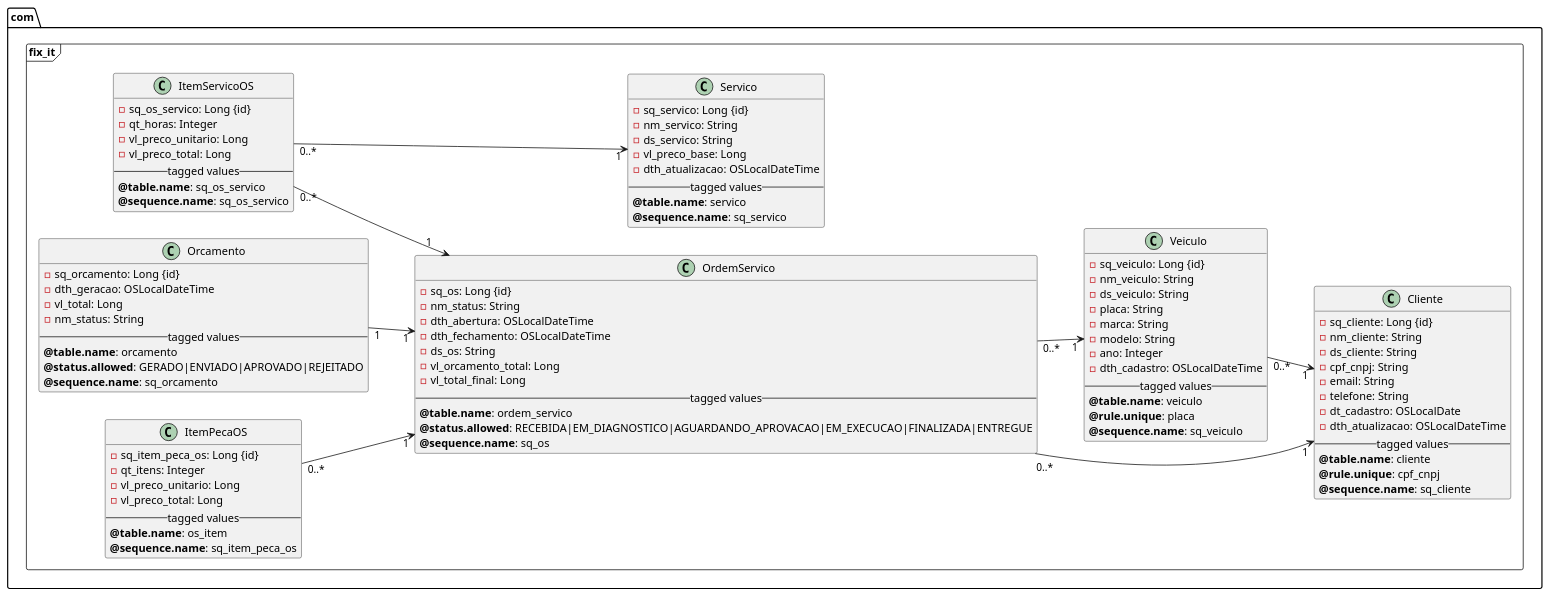
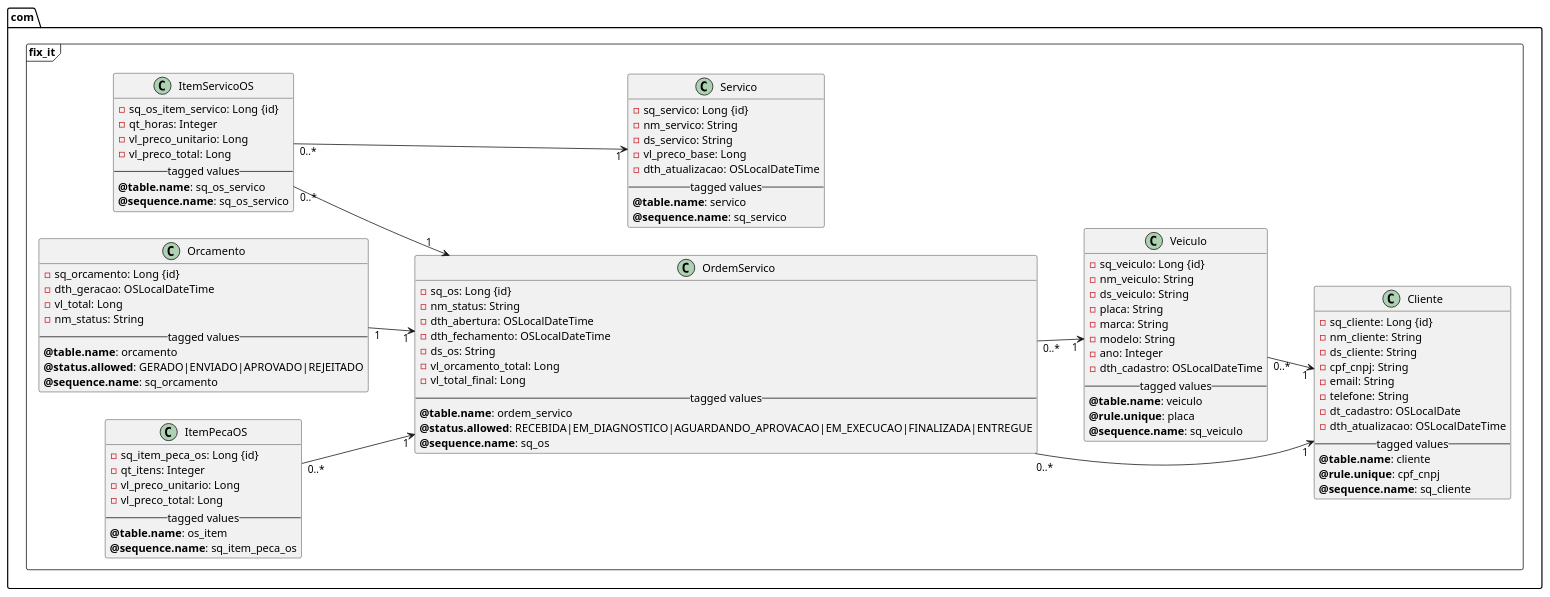
Before and after one commit to arch-software-fiap/fixit-backend: the diagram in docs/architecture/diagrams/plantuml/dominio-os.puml, drawn with PlantUML. The commit also changed 2 other files, not shown here.

Commit message:
refactor: renomear entidade `os_servico` para `os_item_servico` e ajustes correlatos

```diff
--- a/docs/architecture/diagrams/plantuml/dominio-os.puml
+++ b/docs/architecture/diagrams/plantuml/dominio-os.puml
@@ -1,104 +1,104 @@
 @startuml diagram
 page 4x4
 skinparam defaultFontName Trebuchet MS
 left to right direction
 
 package "com.fix_it" <<Frame>> {
 
     class Cliente {
         - sq_cliente: Long {id}
         - nm_cliente: String
         - ds_cliente: String
         - cpf_cnpj: String
         - email: String
         - telefone: String
         - dt_cadastro: OSLocalDate
         - dth_atualizacao: OSLocalDateTime
         -- tagged values --
         <b>@table.name</b>: cliente
         <b>@rule.unique</b>: cpf_cnpj
         <b>@sequence.name</b>: sq_cliente
     }
 
     class Veiculo {
         - sq_veiculo: Long {id}
         - nm_veiculo: String
         - ds_veiculo: String
         - placa: String
         - marca: String
         - modelo: String
         - ano: Integer
         - dth_cadastro: OSLocalDateTime
         -- tagged values --
         <b>@table.name</b>: veiculo
         <b>@rule.unique</b>: placa
         <b>@sequence.name</b>: sq_veiculo
     }
 
     class OrdemServico {
         - sq_os: Long {id}
         - nm_status: String
         - dth_abertura: OSLocalDateTime
         - dth_fechamento: OSLocalDateTime
         - ds_os: String
         - vl_orcamento_total: Long
         - vl_total_final: Long
         -- tagged values --
         <b>@table.name</b>: ordem_servico
         <b>@status.allowed</b>: RECEBIDA|EM_DIAGNOSTICO|AGUARDANDO_APROVACAO|EM_EXECUCAO|FINALIZADA|ENTREGUE
         <b>@sequence.name</b>: sq_os
     }
 
     class Orcamento {
         - sq_orcamento: Long {id}
         - dth_geracao: OSLocalDateTime
         - vl_total: Long
         - nm_status: String
         -- tagged values --
         <b>@table.name</b>: orcamento
         <b>@status.allowed</b>: GERADO|ENVIADO|APROVADO|REJEITADO
         <b>@sequence.name</b>: sq_orcamento
     }
 
     class Servico {
         - sq_servico: Long {id}
         - nm_servico: String
         - ds_servico: String
         - vl_preco_base: Long
         - dth_atualizacao: OSLocalDateTime
         -- tagged values --
         <b>@table.name</b>: servico
         <b>@sequence.name</b>: sq_servico
     }
 
     class ItemServicoOS {
-        - sq_os_servico: Long {id}
+        - sq_os_item_servico: Long {id}
         - qt_horas: Integer
         - vl_preco_unitario: Long
         - vl_preco_total: Long
         -- tagged values --
         <b>@table.name</b>: sq_os_servico
         <b>@sequence.name</b>: sq_os_servico
     }
 
     class ItemPecaOS {
         - sq_item_peca_os: Long {id}
         - qt_itens: Integer
         - vl_preco_unitario: Long
         - vl_preco_total: Long
         -- tagged values --
         <b>@table.name</b>: os_item
         <b>@sequence.name</b>: sq_item_peca_os
     }
 }
 
 ' ===== RELACIONAMENTOS =====
 Veiculo        "0..*" --> "1" Cliente
 OrdemServico   "0..*" --> "1" Cliente
 OrdemServico   "0..*" --> "1" Veiculo
 Orcamento      "1"    --> "1" OrdemServico
 ItemServicoOS  "0..*" --> "1" OrdemServico
 ItemServicoOS  "0..*" --> "1" Servico
 ItemPecaOS     "0..*" --> "1" OrdemServico
 
 @enduml
```
